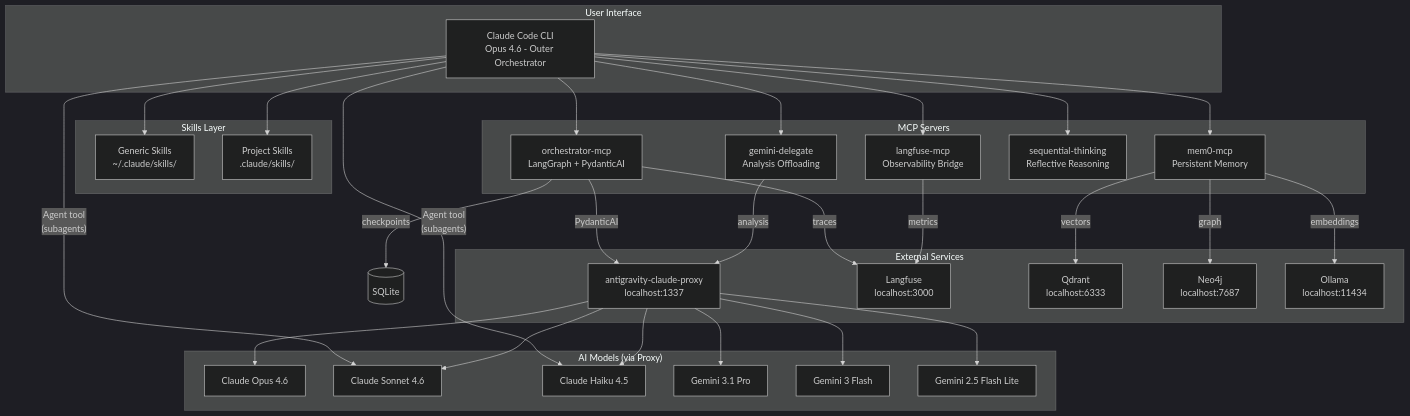
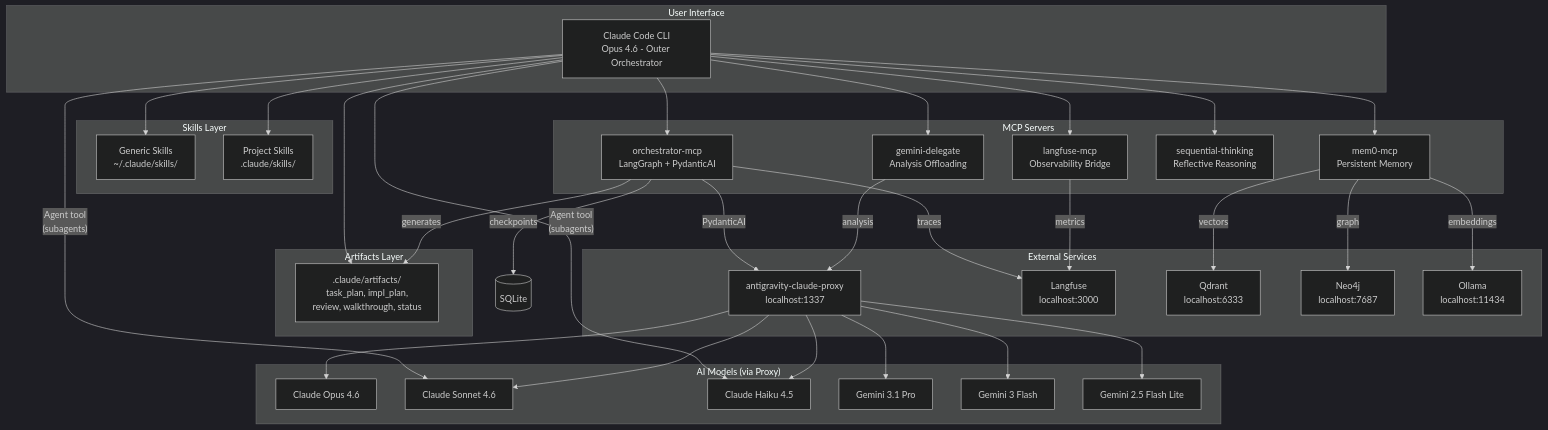
One commit to SpandrelInteractive/claude_workspace changed the first of 5 diagrams in .claude/docs/architecture-overview.md. Above: the diagram before and after it, drawn with Mermaid (dark theme). The commit also changed other lines of this file and 14 other files, not shown here.

````diff
--- a/.claude/docs/architecture-overview.md
+++ b/.claude/docs/architecture-overview.md
@@ -7,51 +7,57 @@
 ```mermaid
 graph TB
     subgraph "User Interface"
         CC[Claude Code CLI<br/>Opus 4.6 - Outer Orchestrator]
     end
 
     subgraph "Skills Layer"
         GS[Generic Skills<br/>~/.claude/skills/]
         PS[Project Skills<br/>.claude/skills/]
+    end
+
+    subgraph "Artifacts Layer"
+        ART[.claude/artifacts/<br/>task_plan, impl_plan,<br/>review, walkthrough, status]
     end
 
     subgraph "MCP Servers"
         OM[orchestrator-mcp<br/>LangGraph + PydanticAI]
         GM[gemini-delegate<br/>Analysis Offloading]
         MM[mem0-mcp<br/>Persistent Memory]
         ST[sequential-thinking<br/>Reflective Reasoning]
         LM[langfuse-mcp<br/>Observability Bridge]
     end
 
     subgraph "External Services"
         PROXY[antigravity-claude-proxy<br/>localhost:1337]
         LF[Langfuse<br/>localhost:3000]
         QD[Qdrant<br/>localhost:6333]
         N4J[Neo4j<br/>localhost:7687]
         OL[Ollama<br/>localhost:11434]
     end
 
     subgraph "AI Models (via Proxy)"
         OP[Claude Opus 4.6]
         SN[Claude Sonnet 4.6]
         HK[Claude Haiku 4.5]
         G31[Gemini 3.1 Pro]
         G3F[Gemini 3 Flash]
         G25[Gemini 2.5 Flash Lite]
     end
 
     CC --> GS & PS
+    CC --> ART
+    OM -->|"generates"| ART
     CC --> OM & GM & MM & ST & LM
     CC -->|"Agent tool<br/>(subagents)"| SN & HK
 
     OM -->|"PydanticAI"| PROXY
     OM -->|"traces"| LF
     OM -->|"checkpoints"| SQLite[(SQLite)]
     GM -->|"analysis"| PROXY
     MM -->|"vectors"| QD
     MM -->|"graph"| N4J
     MM -->|"embeddings"| OL
     LM -->|"metrics"| LF
 
     PROXY --> OP & SN & HK & G31 & G3F & G25
 ```
````
